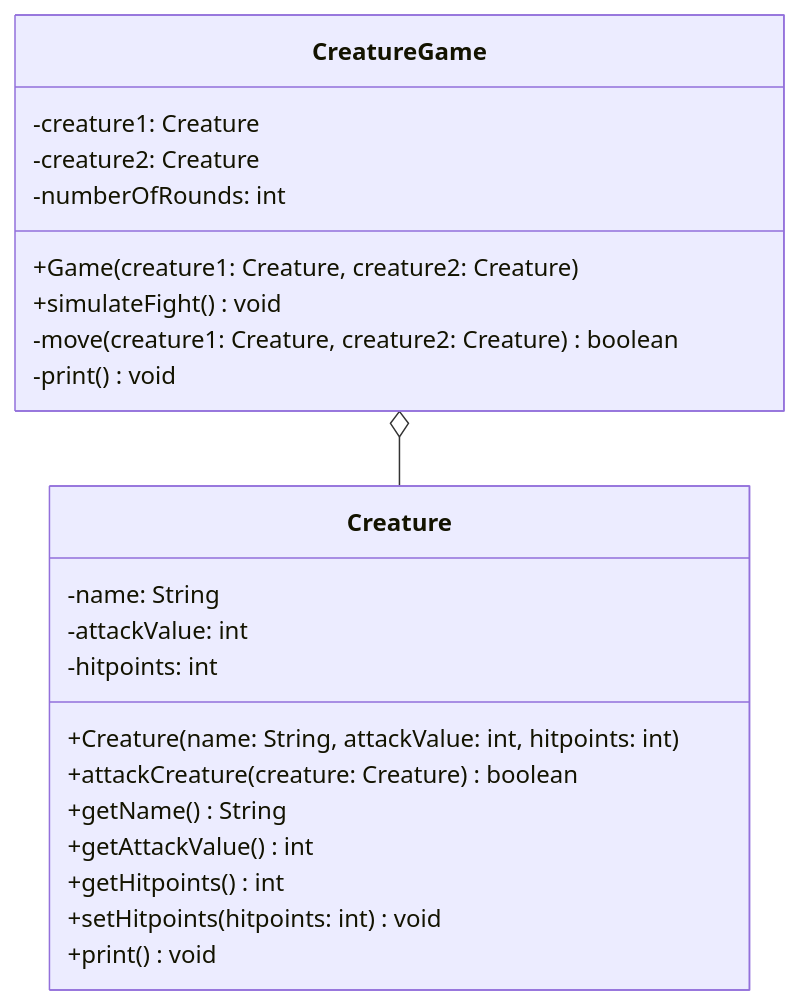
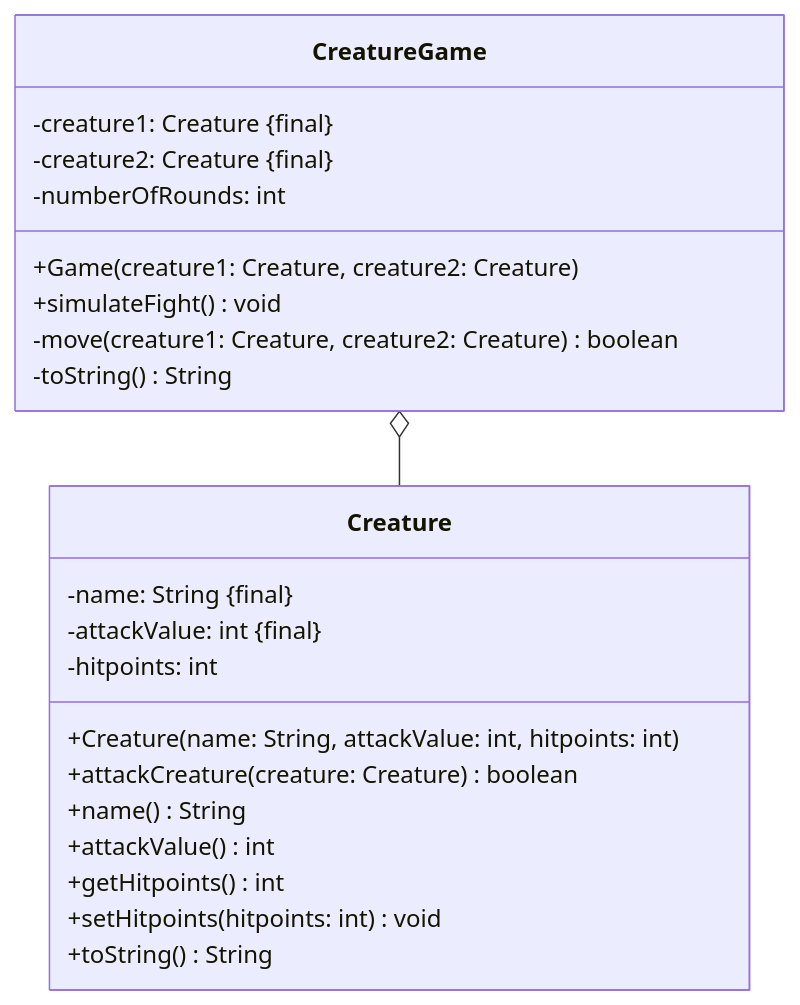
One commit to jappuccini/java-docs changed the diagram in docs/exercises/uml/class-diagrams03.mdx. Above: the diagram before and after it, drawn with Mermaid. The commit also changed other lines of this file and 39 other files, not shown here.

````diff
--- a/docs/exercises/uml/class-diagrams03.mdx
+++ b/docs/exercises/uml/class-diagrams03.mdx
@@ -15,27 +15,27 @@
 ```mermaid
 classDiagram
     CreatureGame o-- Creature
 
     class CreatureGame {
-        -creature1: Creature
-        -creature2: Creature
+        -creature1: Creature &#123final&#125
+        -creature2: Creature &#123final&#125
         -numberOfRounds: int
         +Game(creature1: Creature, creature2: Creature)
         +simulateFight() void
         -move(creature1: Creature, creature2: Creature) boolean
-        -print() void
+        -toString() String
     }
 
     class Creature {
-        -name: String
-        -attackValue: int
+        -name: String &#123final&#125
+        -attackValue: int &#123final&#125
         -hitpoints: int
         +Creature(name: String, attackValue: int, hitpoints: int)
         +attackCreature(creature: Creature) boolean
-        +getName() String
-        +getAttackValue() int
+        +name() String
+        +attackValue() int
         +getHitpoints() int
         +setHitpoints(hitpoints: int) void
-        +print() void
+        +toString() String
     }
 ```
````
